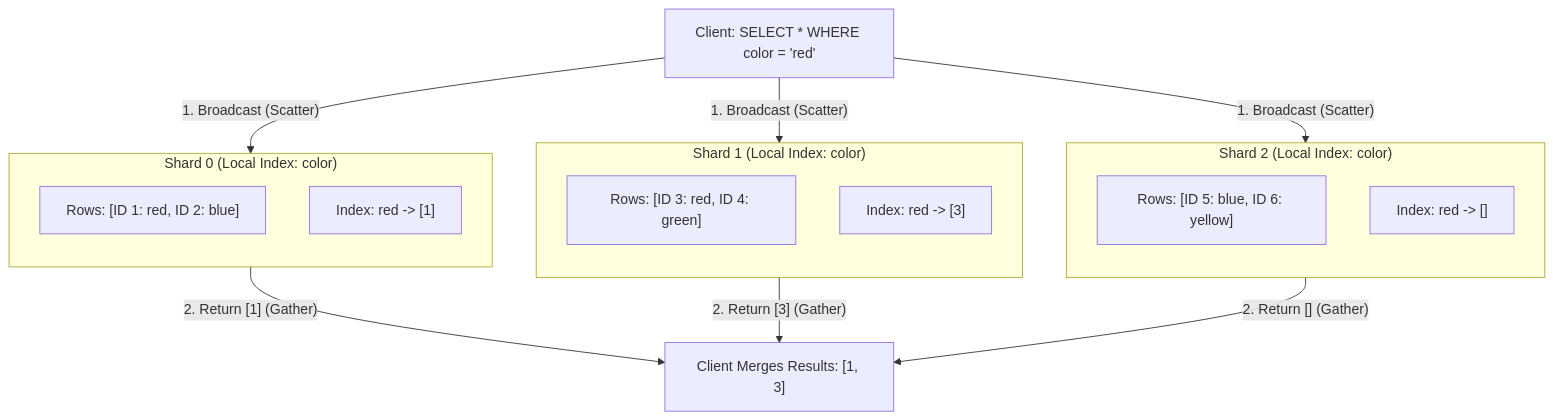
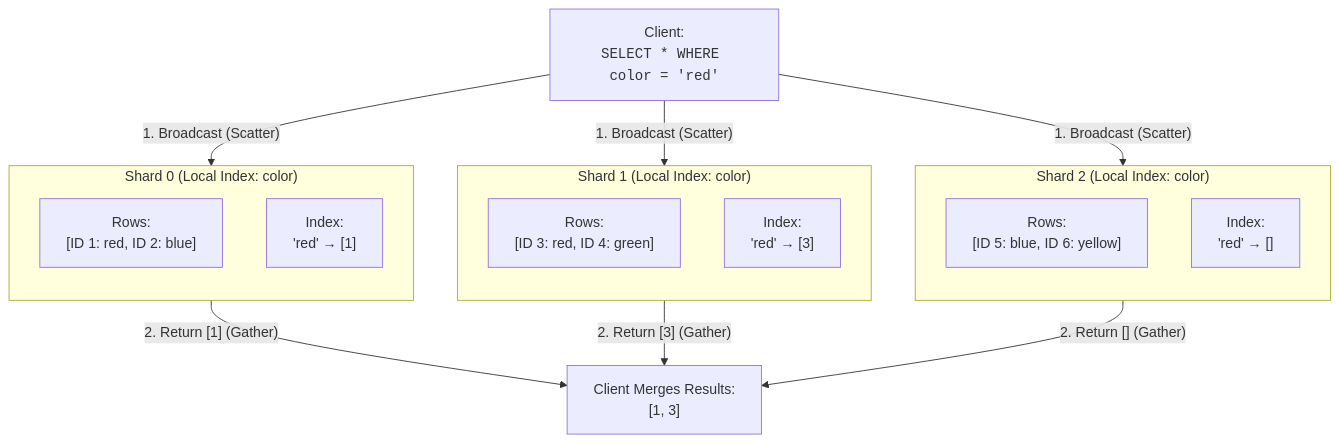
Before and after one commit to 1mimhe/books-summery: the ninth of 10 diagrams in 01 Designing Data-Intensive Applications/chapter-07-sharding.md, drawn with Mermaid. The commit also changed other lines of this file and 1 other file, not shown here.

````diff
--- a/01 Designing Data-Intensive Applications/chapter-07-sharding.md
+++ b/01 Designing Data-Intensive Applications/chapter-07-sharding.md
@@ -429,30 +404,30 @@
 ```mermaid
 flowchart TD
-  CLIENT["Client: SELECT * WHERE color = 'red'"]
+  CLIENT["Client:<br/><code>SELECT * WHERE color = 'red'</code>"]
 
   subgraph S0["Shard 0 (Local Index: color)"]
     direction TB
-    D0["Rows: [ID 1: red, ID 2: blue]"]
-    I0["Index: red -> [1]"]
+    D0["Rows:<br/>[ID 1: red, ID 2: blue]"]
+    I0["Index:<br/>'red' &rarr; [1]"]
   end
 
   subgraph S1["Shard 1 (Local Index: color)"]
     direction TB
-    D1["Rows: [ID 3: red, ID 4: green]"]
-    I1["Index: red -> [3]"]
+    D1["Rows:<br/>[ID 3: red, ID 4: green]"]
+    I1["Index:<br/>'red' &rarr; [3]"]
   end
 
   subgraph S2["Shard 2 (Local Index: color)"]
     direction TB
-    D2["Rows: [ID 5: blue, ID 6: yellow]"]
-    I2["Index: red -> []"]
+    D2["Rows:<br/>[ID 5: blue, ID 6: yellow]"]
+    I2["Index:<br/>'red' &rarr; []"]
   end
 
   CLIENT -->|"1. Broadcast (Scatter)"| S0
   CLIENT -->|"1. Broadcast (Scatter)"| S1
   CLIENT -->|"1. Broadcast (Scatter)"| S2
 
-  S0 -->|"2. Return [1] (Gather)"| MERGE["Client Merges Results: [1, 3]"]
+  S0 -->|"2. Return [1] (Gather)"| MERGE["Client Merges Results:<br/>[1, 3]"]
   S1 -->|"2. Return [3] (Gather)"| MERGE
   S2 -->|"2. Return [] (Gather)"| MERGE
 ```
````
